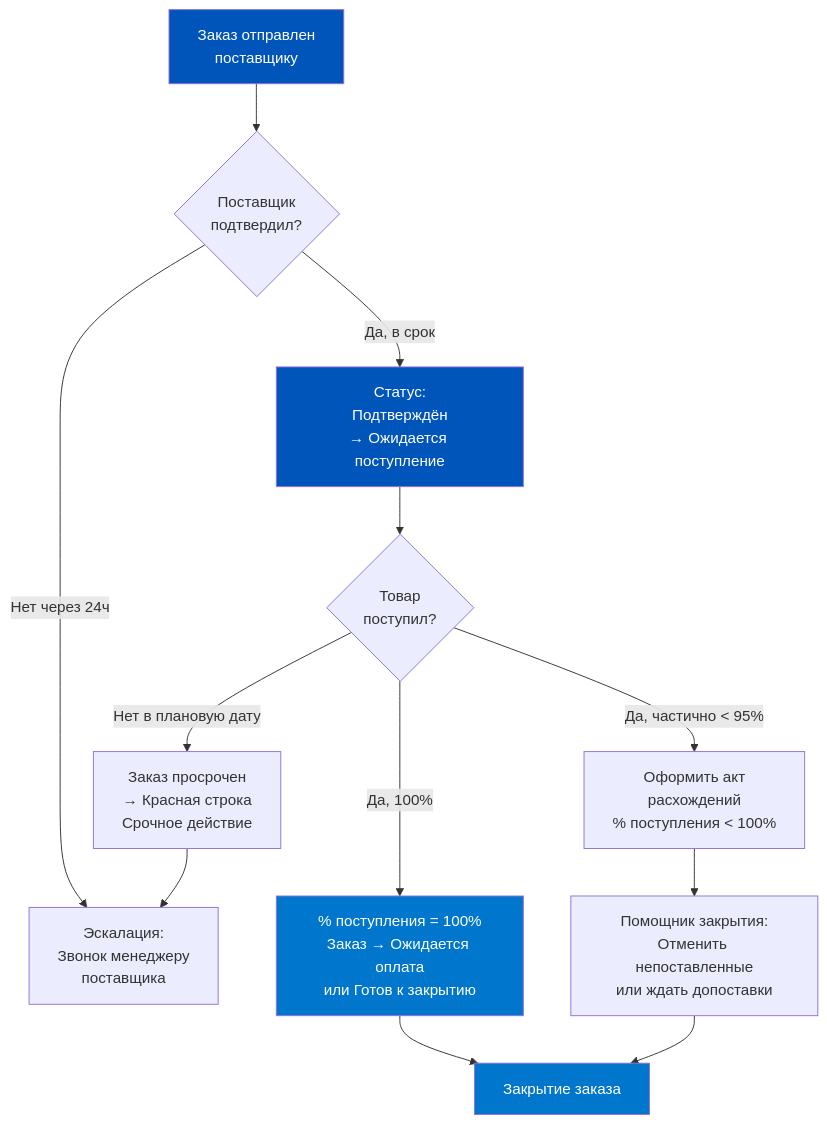
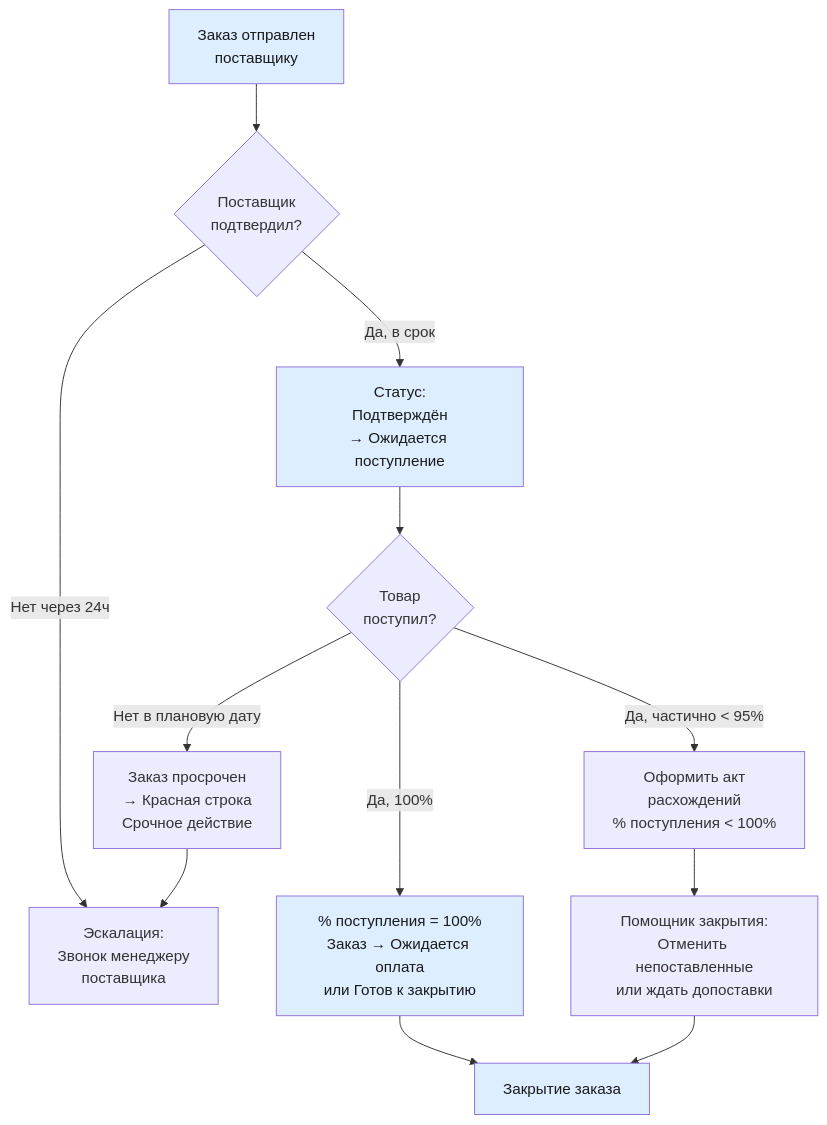
Before and after one commit to murad1986/1c-erp-quartz: the fourth of 5 diagrams in content/1c-erp/week_3/Неделя 3 - День 6 - Практикум умная дозакупка.md, drawn with Mermaid. The commit also changed other lines of this file and 57 other files, not shown here.

First line of the commit message:
fix: Mermaid — пастельные цвета в источниках диаграмм (56 файлов)

````diff
--- a/content/1c-erp/week_3/Неделя 3 - День 6 - Практикум умная дозакупка.md
+++ b/content/1c-erp/week_3/Неделя 3 - День 6 - Практикум умная дозакупка.md
@@ -295,19 +295,19 @@
 ```mermaid
 flowchart TD
     A["Заказ отправлен<br/>поставщику"] --> B{Поставщик<br/>подтвердил?}
     B -->|Да, в срок| C["Статус:<br/>Подтверждён<br/>→ Ожидается поступление"]
     B -->|Нет через 24ч| D["Эскалация:<br/>Звонок менеджеру<br/>поставщика"]
     C --> E{Товар<br/>поступил?}
     E -->|Да, 100%| F["% поступления = 100%<br/>Заказ → Ожидается оплата<br/>или Готов к закрытию"]
     E -->|Да, частично < 95%| G["Оформить акт<br/>расхождений<br/>% поступления < 100%"]
     E -->|Нет в плановую дату| H["Заказ просрочен<br/>→ Красная строка<br/>Срочное действие"]
     G --> I["Помощник закрытия:<br/>Отменить непоставленные<br/>или ждать допоставки"]
     F --> J["Закрытие заказа"]
     I --> J
     H --> D
 
-    style A fill:#0055BB,color:#fff
-    style C fill:#0055BB,color:#fff
-    style F fill:#0077CC,color:#fff
-    style J fill:#0077CC,color:#fff
+    style A fill:#dceeff,color:#1a1a1a
+    style C fill:#dceeff,color:#1a1a1a
+    style F fill:#dceeff,color:#1a1a1a
+    style J fill:#dceeff,color:#1a1a1a
 ```
````
